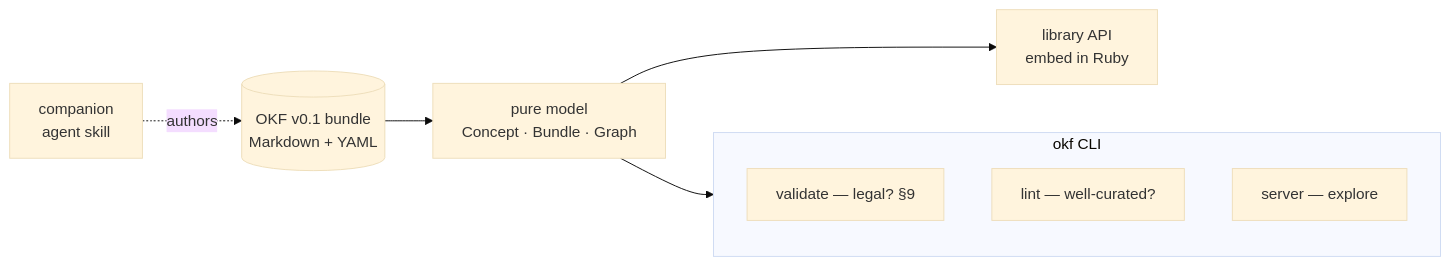
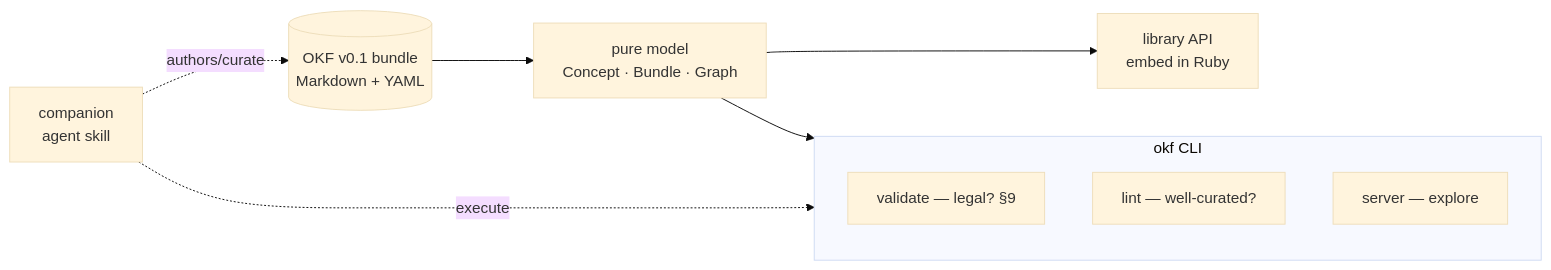
Before and after one commit to serradura/okf-gem: the diagram in README.md, drawn with Mermaid (base theme). The commit also changed other lines of this file, not shown here.

First line of the commit message:
docs: reframe the README intro and capability table around the companion skill

````diff
--- a/README.md
+++ b/README.md
@@ -31,12 +26,13 @@
 ```mermaid
 flowchart LR
-  skill["companion<br/>agent skill"] -. authors .-> bundle[("OKF v0.1 bundle<br/>Markdown + YAML")]
+  skill["companion<br/>agent skill"] -. authors/curate .-> bundle[("OKF v0.1 bundle<br/>Markdown + YAML")]
   bundle --> model["pure model<br/>Concept · Bundle · Graph"]
+  skill -. execute .-> cli
   subgraph cli ["okf CLI"]
     validate["validate — legal? §9"]
     lint["lint — well-curated?"]
     server["server — explore"]
   end
   model --> cli
   model --> library["library API<br/>embed in Ruby"]
 ```
````
